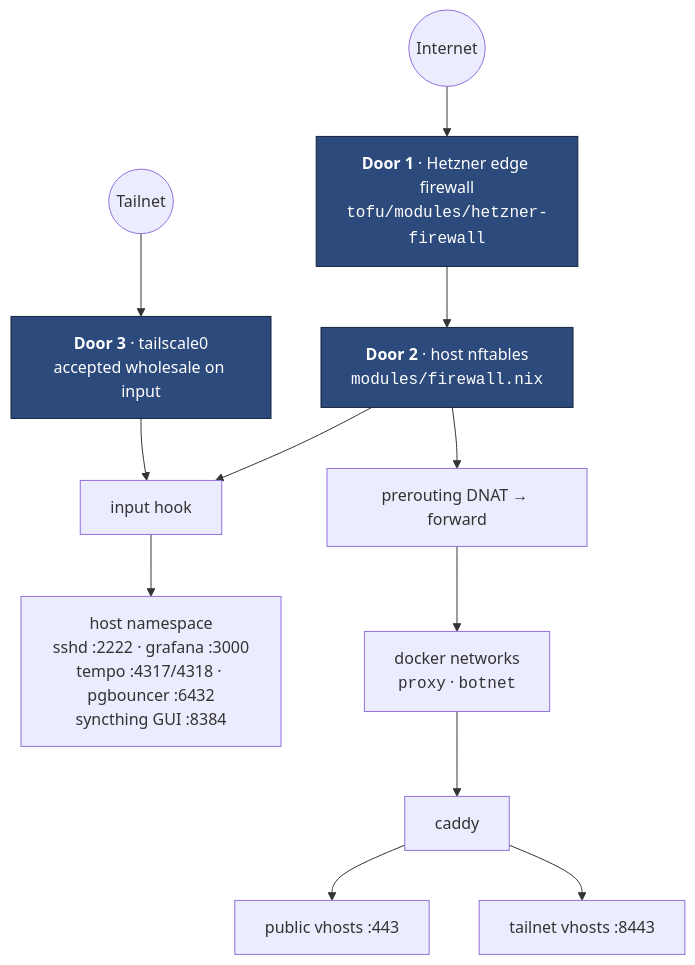
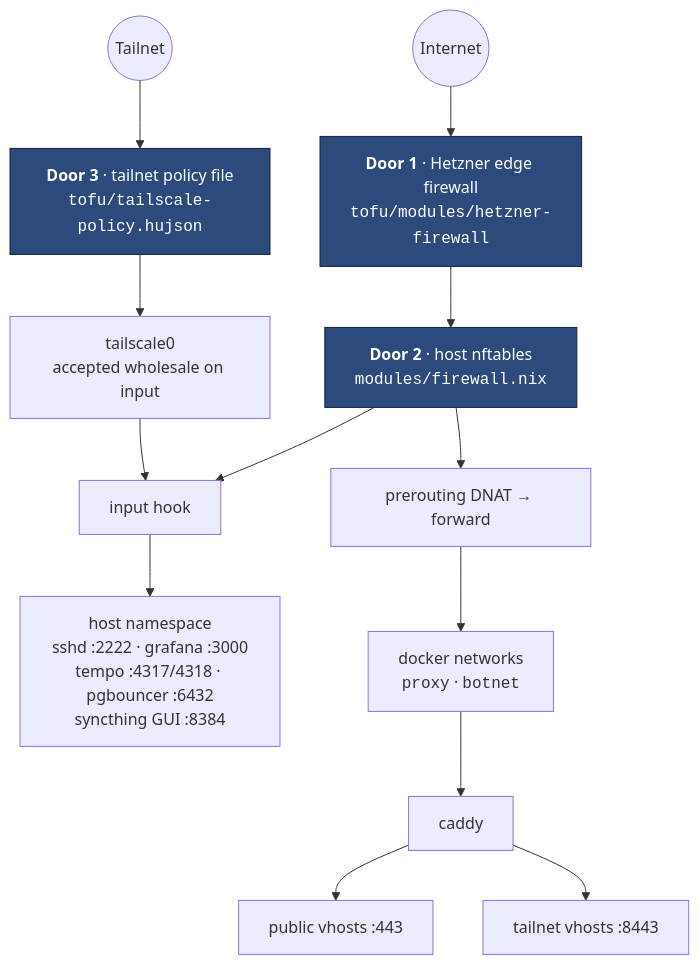
One commit to 1Git2Clone/vps changed the first of 2 diagrams in docs/src/architecture/network.md. Above: the diagram before and after it, drawn with Mermaid. The commit also changed other lines of this file and 10 other files, not shown here.

First line of the commit message:
docs: describe the tailnet policy, CAA and DNSSEC in the book

````diff
--- a/docs/src/architecture/network.md
+++ b/docs/src/architecture/network.md
@@ -6,22 +6,23 @@
 ```mermaid
 flowchart TB
     net(("Internet"))
     tailnet(("Tailnet"))
 
     net --> edge["<b>Door 1</b> · Hetzner edge firewall<br/><code>tofu/modules/hetzner-firewall</code>"]
     edge --> nft["<b>Door 2</b> · host nftables<br/><code>modules/firewall.nix</code>"]
-    tailnet --> ts["<b>Door 3</b> · tailscale0<br/>accepted wholesale on input"]
+    tailnet --> pol["<b>Door 3</b> · tailnet policy file<br/><code>tofu/tailscale-policy.hujson</code>"]
+    pol --> ts["tailscale0<br/>accepted wholesale on input"]
 
     nft --> inp["input hook"]
     nft --> fwd["prerouting DNAT → forward"]
     ts --> inp
 
     inp --> hostsvc["host namespace<br/>sshd :2222 · grafana :3000<br/>tempo :4317/4318 · pgbouncer :6432<br/>syncthing GUI :8384"]
     fwd --> dock["docker networks<br/><code>proxy</code> · <code>botnet</code>"]
     dock --> caddy["caddy"]
     caddy --> pub["public vhosts :443"]
     caddy --> priv["tailnet vhosts :8443"]
 
     classDef door fill:#2d4a7c,stroke:#16233c,color:#fff
-    class edge,nft,ts door
+    class edge,nft,pol door
 ```
````
